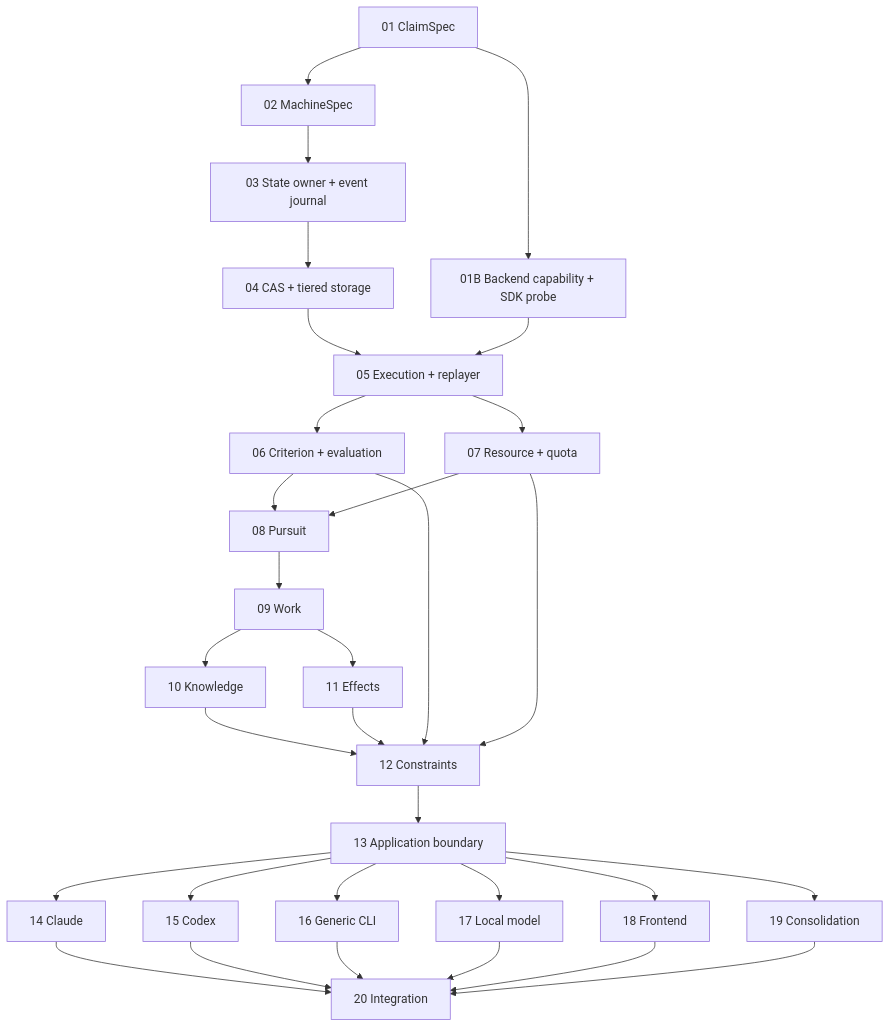
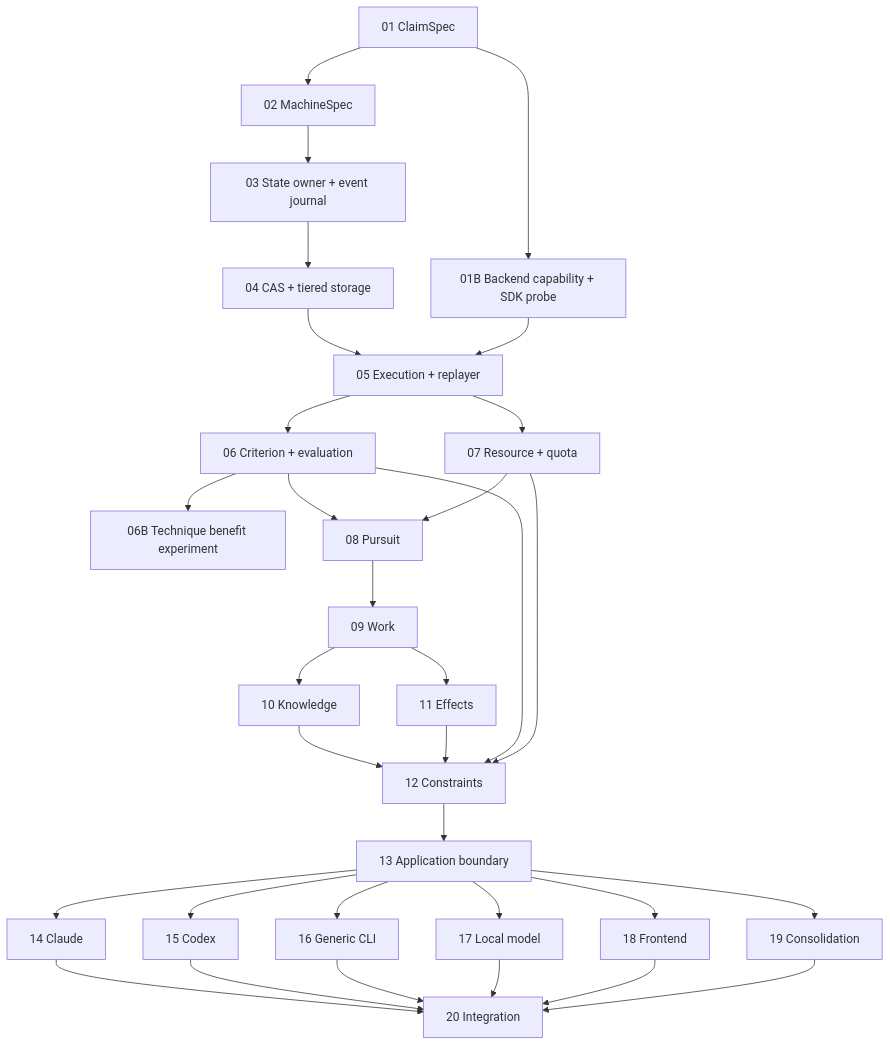
One commit to ryu111/nova-v0 changed the diagram in docs/計畫/00-總覽.md. Above: the diagram before and after it, drawn with Mermaid. The commit also changed other lines of this file and 27 other files, not shown here.

````diff
--- a/docs/計畫/00-總覽.md
+++ b/docs/計畫/00-總覽.md
@@ -111,33 +112,34 @@
 ```mermaid
 flowchart TD
   P01 --> P01B[01B Backend capability + SDK probe]
   P01[01 ClaimSpec] --> P02[02 MachineSpec]
   P02 --> P03[03 State owner + event journal]
   P03 --> P04[04 CAS + tiered storage]
   P04 --> P05[05 Execution + replayer]
   P01B --> P05
   P05 --> P06[06 Criterion + evaluation]
+  P06 --> P06B[06B Technique benefit experiment]
   P05 --> P07[07 Resource + quota]
   P06 --> P08[08 Pursuit]
   P07 --> P08
   P08 --> P09[09 Work]
   P09 --> P10[10 Knowledge]
   P09 --> P11[11 Effects]
   P10 --> P12[12 Constraints]
   P11 --> P12
   P06 --> P12
   P07 --> P12
   P12 --> P13[13 Application boundary]
   P13 --> P14[14 Claude]
   P13 --> P15[15 Codex]
   P13 --> P16[16 Generic CLI]
   P13 --> P17[17 Local model]
   P13 --> P18[18 Frontend]
   P13 --> P19[19 Consolidation]
   P14 --> P20[20 Integration]
   P15 --> P20
   P16 --> P20
   P17 --> P20
   P18 --> P20
   P19 --> P20
 ```
````
